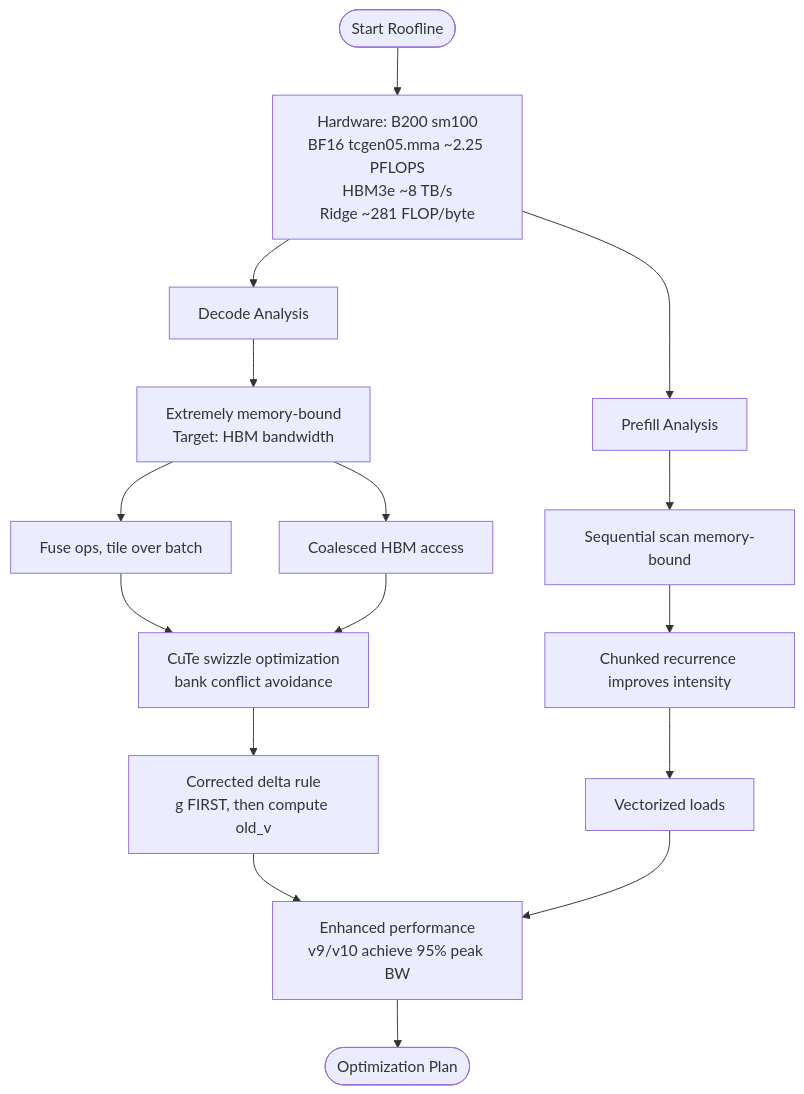
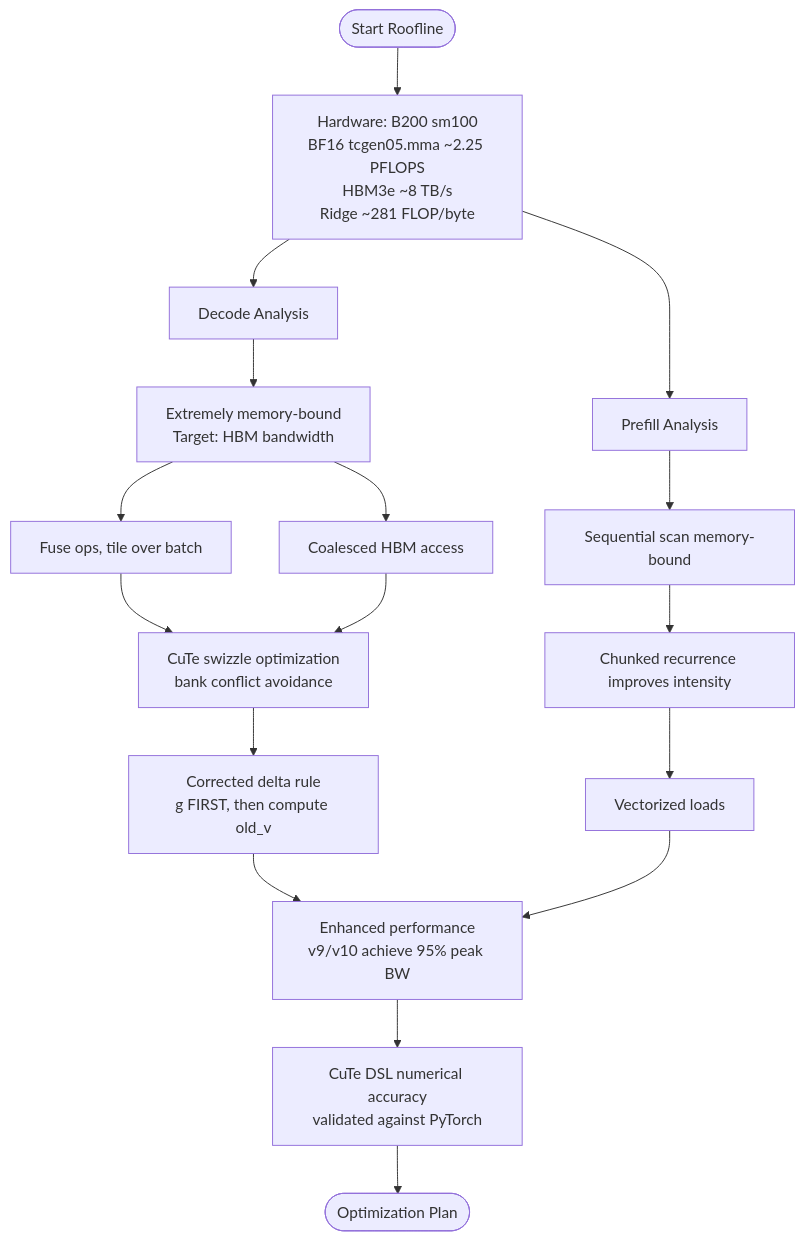
Diagram 11 of 13 in .qoder/repowiki/en/content/Performance Analysis.md (gugudeshubao/flashinfer-bench-tma-thrust), drawn with Mermaid before and after one commit. The commit also changed other lines of this file and 9 other files, not shown here.

````diff
--- a/.qoder/repowiki/en/content/Performance Analysis.md
+++ b/.qoder/repowiki/en/content/Performance Analysis.md
@@ -467,18 +576,19 @@
 ```mermaid
 flowchart TD
 Start(["Start Roofline"]) --> HW["Hardware: B200 sm100<br/>BF16 tcgen05.mma ~2.25 PFLOPS<br/>HBM3e ~8 TB/s<br/>Ridge ~281 FLOP/byte"]
 HW --> Decode["Decode Analysis"]
 HW --> Prefill["Prefill Analysis"]
 Decode --> MemBound["Extremely memory-bound<br/>Target: HBM bandwidth"]
 Prefill --> SeqScan["Sequential scan memory-bound"]
 SeqScan --> Chunk["Chunked recurrence improves intensity"]
 MemBound --> Opt1["Fuse ops, tile over batch"]
 MemBound --> Opt2["Coalesced HBM access"]
 Opt1 --> CuTe["CuTe swizzle optimization<br/>bank conflict avoidance"]
 Opt2 --> CuTe
 CuTe --> DeltaRule["Corrected delta rule<br/>g FIRST, then compute old_v"]
 DeltaRule --> PerfBoost["Enhanced performance<br/>v9/v10 achieve 95% peak BW"]
 Chunk --> Opt3["Vectorized loads"]
 Opt3 --> PerfBoost
-PerfBoost --> End(["Optimization Plan"])
+PerfBoost --> CuTeDSL["CuTe DSL numerical accuracy<br/>validated against PyTorch"]
+CuTeDSL --> End(["Optimization Plan"])
 ```
````
